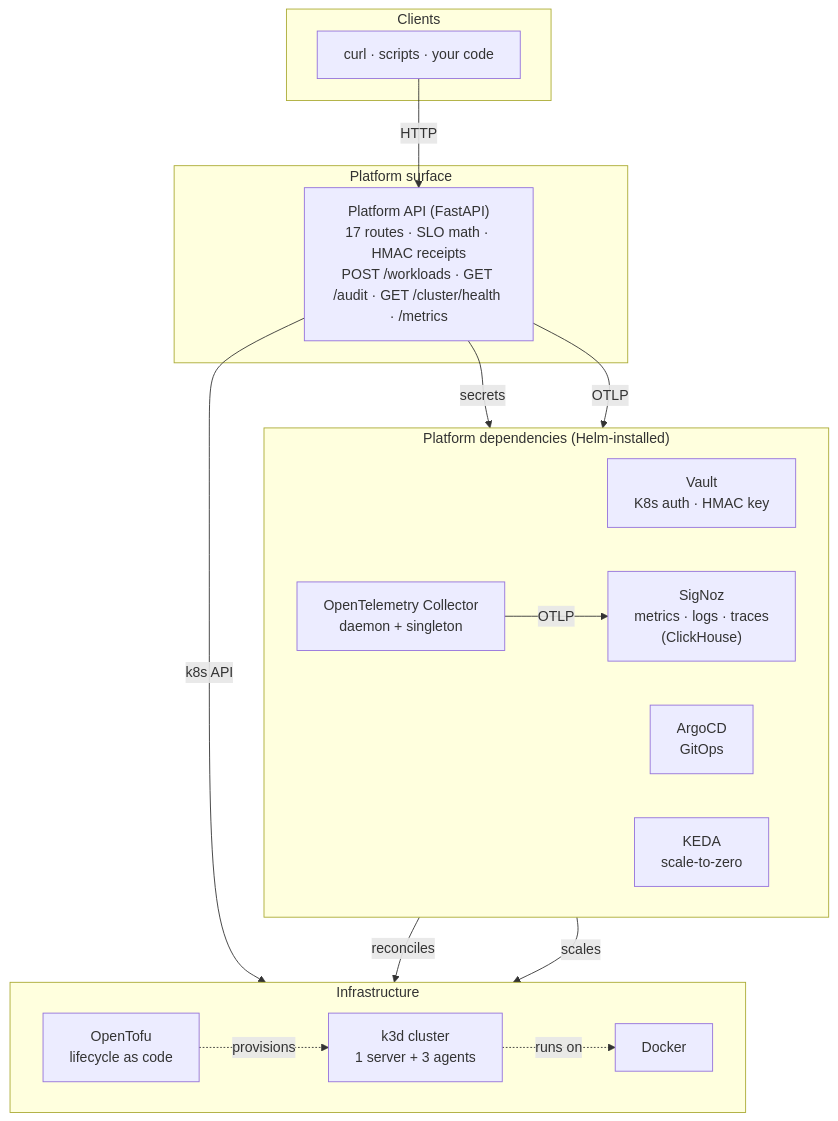
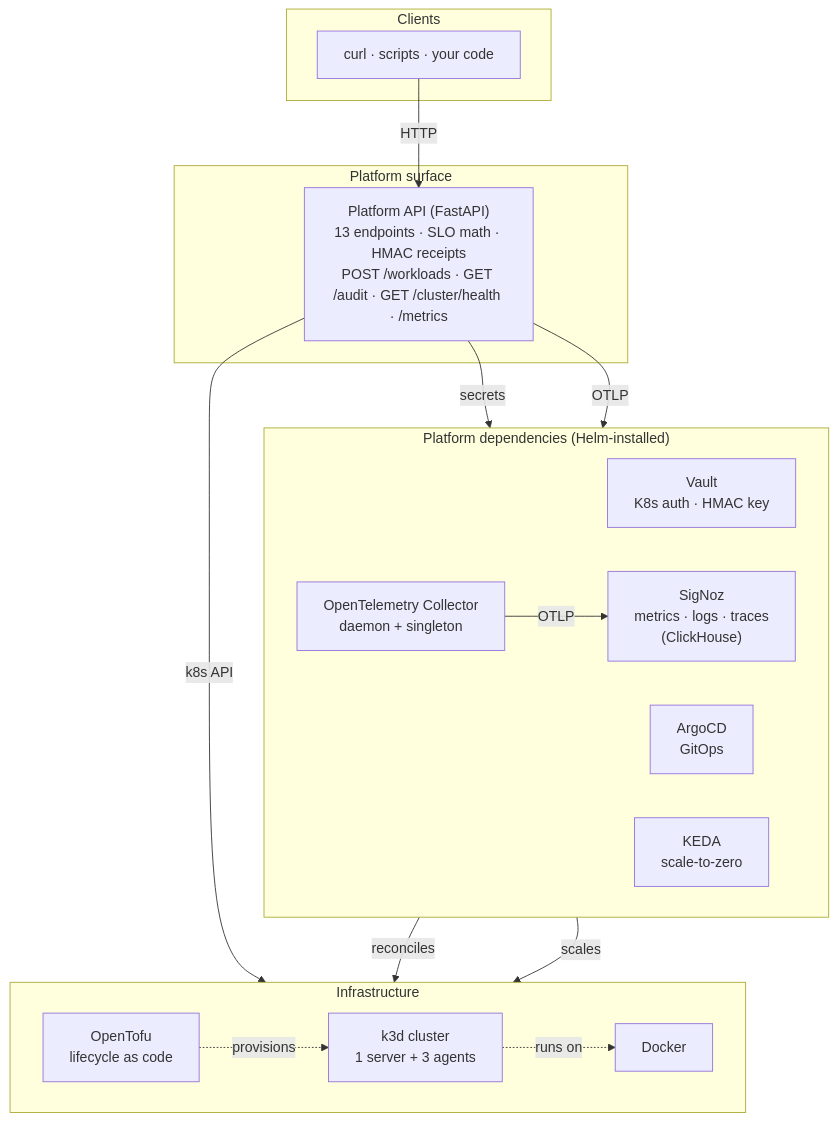
The first of 3 diagrams in README.md (mdas333/sre-platform), drawn with Mermaid before and after one commit. The commit also changed other lines of this file and 3 other files, not shown here.

````diff
--- a/README.md
+++ b/README.md
@@ -37,32 +37,32 @@
 ```mermaid
 flowchart TB
   subgraph Clients["Clients"]
     U[curl · scripts · your code]
   end
   subgraph Platform["Platform surface"]
-    PA["Platform API (FastAPI)<br/>17 routes · SLO math · HMAC receipts<br/>POST /workloads · GET /audit · GET /cluster/health · /metrics"]
+    PA["Platform API (FastAPI)<br/>13 endpoints · SLO math · HMAC receipts<br/>POST /workloads · GET /audit · GET /cluster/health · /metrics"]
   end
   subgraph Deps["Platform dependencies (Helm-installed)"]
     direction LR
     V["Vault<br/>K8s auth · HMAC key"]
     A["ArgoCD<br/>GitOps"]
     K["KEDA<br/>scale-to-zero"]
     OT["OpenTelemetry Collector<br/>daemon + singleton"]
     SN["SigNoz<br/>metrics · logs · traces<br/>(ClickHouse)"]
   end
   subgraph Infra["Infrastructure"]
     direction LR
     TF["OpenTofu<br/>lifecycle as code"]
     C["k3d cluster<br/>1 server + 3 agents"]
     D["Docker"]
   end
   U -->|HTTP| PA
   PA -->|k8s API| C
   PA -->|secrets| V
   PA -->|OTLP| OT
   OT -->|OTLP| SN
   A -->|reconciles| C
   K -->|scales| C
   TF -.->|provisions| C
   C -.->|runs on| D
 ```
````
